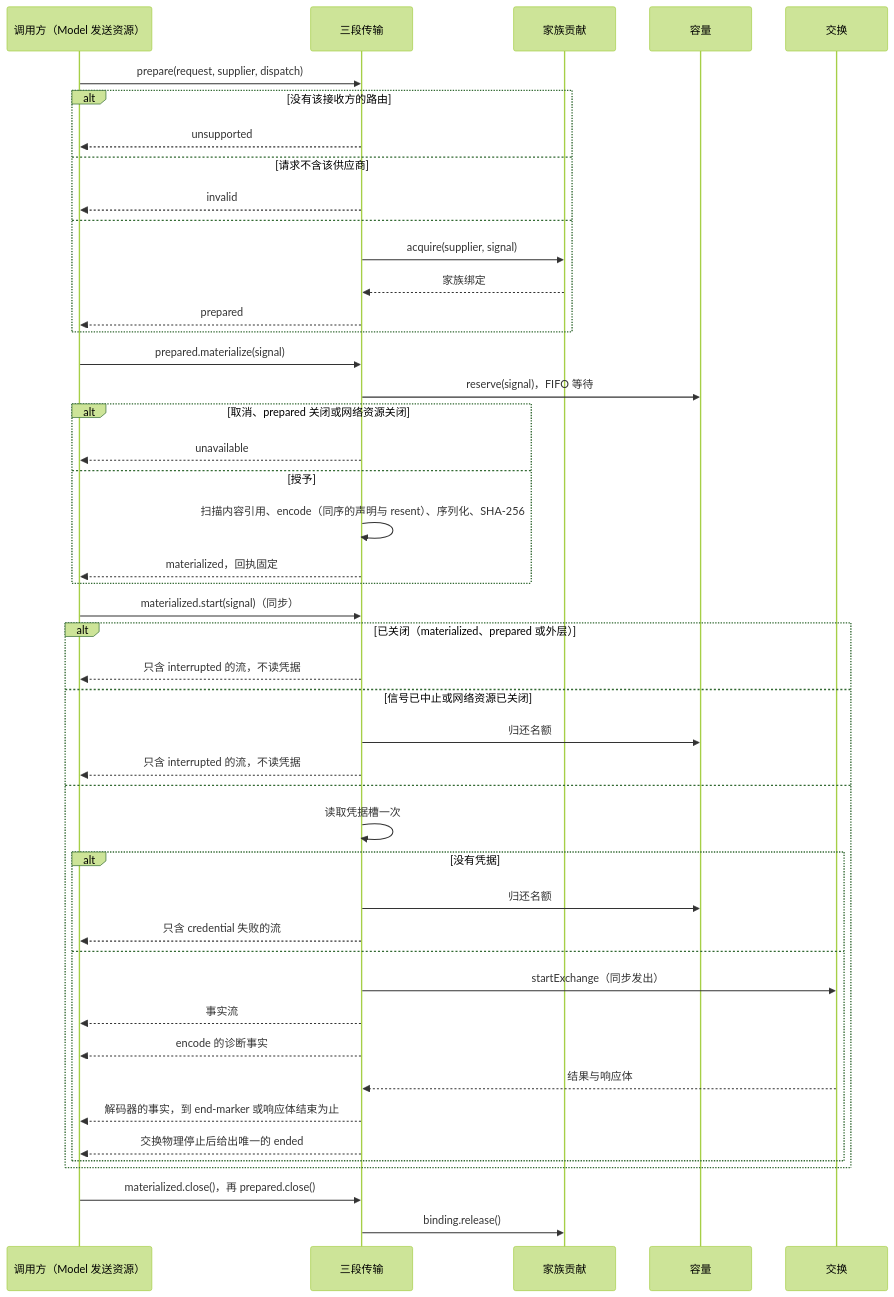
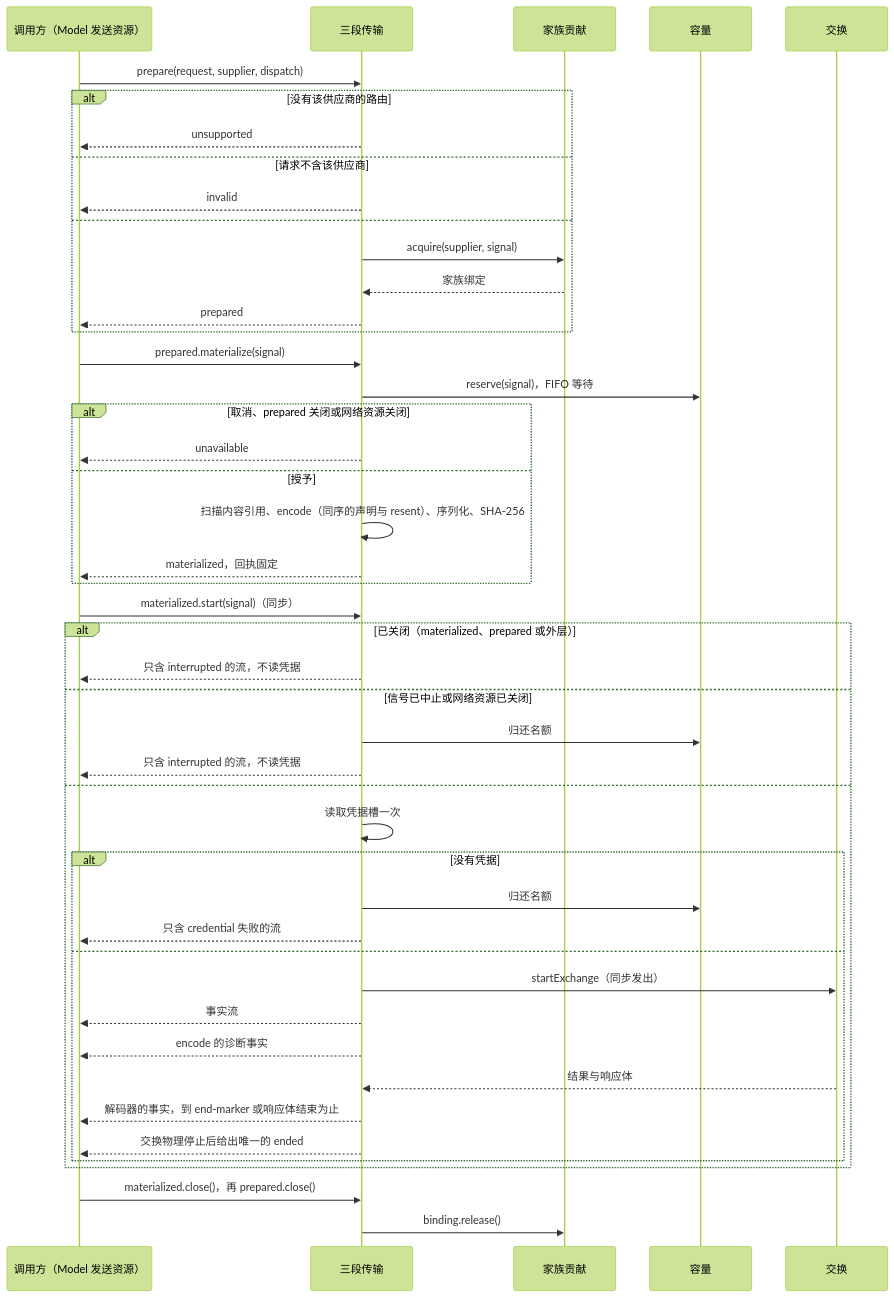
The first of 4 diagrams in packages/model/pi-ai-transport/docs/flows.md (nemori-ai/omne-harness-lite), drawn with Mermaid (forest theme) before and after one commit. The commit also changed 333 other files, not shown here.

````diff
--- a/packages/model/pi-ai-transport/docs/flows.md
+++ b/packages/model/pi-ai-transport/docs/flows.md
@@ -9,48 +9,48 @@
 ```mermaid
 sequenceDiagram
   participant Model as 调用方（Model 发送资源）
   participant T as 三段传输
   participant F as 家族贡献
   participant Cap as 容量
   participant Ex as 交换
   Model->>T: prepare(request, supplier, dispatch)
-  alt 没有该接收方的路由
+  alt 没有该供应商的路由
     T-->>Model: unsupported
   else 请求不含该供应商
     T-->>Model: invalid
   else
     T->>F: acquire(supplier, signal)
     F-->>T: 家族绑定
     T-->>Model: prepared
   end
   Model->>T: prepared.materialize(signal)
   T->>Cap: reserve(signal)，FIFO 等待
   alt 取消、prepared 关闭或网络资源关闭
     T-->>Model: unavailable
   else 授予
     T->>T: 扫描内容引用、encode（同序的声明与 resent）、序列化、SHA-256
     T-->>Model: materialized，回执固定
   end
   Model->>T: materialized.start(signal)（同步）
   alt 已关闭（materialized、prepared 或外层）
     T-->>Model: 只含 interrupted 的流，不读凭据
   else 信号已中止或网络资源已关闭
     T->>Cap: 归还名额
     T-->>Model: 只含 interrupted 的流，不读凭据
   else
     T->>T: 读取凭据槽一次
     alt 没有凭据
       T->>Cap: 归还名额
       T-->>Model: 只含 credential 失败的流
     else
       T->>Ex: startExchange（同步发出）
       T-->>Model: 事实流
       T-->>Model: encode 的诊断事实
       Ex-->>T: 结果与响应体
       T-->>Model: 解码器的事实，到 end-marker 或响应体结束为止
       T-->>Model: 交换物理停止后给出唯一的 ended
     end
   end
   Model->>T: materialized.close()，再 prepared.close()
   T->>F: binding.release()
 ```
````
